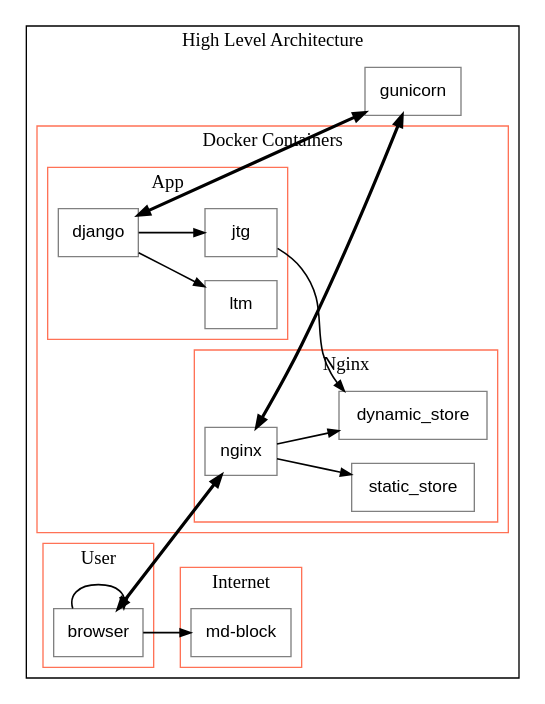
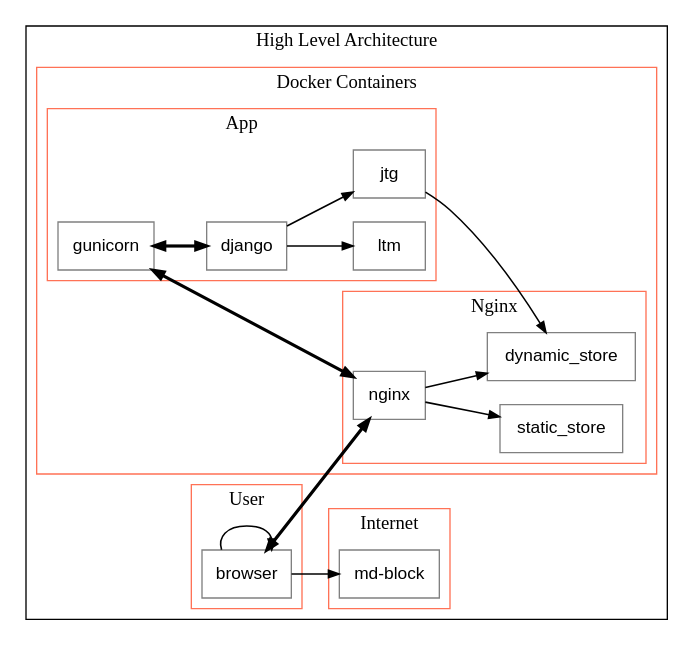
One commit to hyakuhei/TAMMY changed the diagram in design/output/High Level Architecture.dot. Above: the diagram before and after it, drawn with Graphviz. The commit also changed 5 other files, not shown here.

```diff
--- a/design/output/High Level Architecture.dot
+++ b/design/output/High Level Architecture.dot
@@ -1,53 +1,53 @@
 digraph G {
 compound=true;
 rankdir="LR";
     subgraph cluster1 {
     rankdir="TB";
     label="High Level Architecture";
     color="Black";
-        node10 [label="gunicorn" shape="box", margin="0.1", color="Grey", fontsize="13", fontname="Helvetica"];
         subgraph cluster2 {
         rankdir="TB";
         label="Docker Containers";
         color="Coral1";
             subgraph cluster3 {
             rankdir="TB";
             label="Nginx";
             color="Coral1";
                 node4 [label="nginx" shape="box", margin="0.1", color="Grey", fontsize="13", fontname="Helvetica"];
                 node7 [label="static_store" shape="box", margin="0.1", color="Grey", fontsize="13", fontname="Helvetica"];
                 node15 [label="dynamic_store" shape="box", margin="0.1", color="Grey", fontsize="13", fontname="Helvetica"];
             }
-            subgraph cluster11 {
+            subgraph cluster10 {
             rankdir="TB";
             label="App";
             color="Coral1";
+                node11 [label="gunicorn" shape="box", margin="0.1", color="Grey", fontsize="13", fontname="Helvetica"];
                 node12 [label="django" shape="box", margin="0.1", color="Grey", fontsize="13", fontname="Helvetica"];
                 node13 [label="ltm" shape="box", margin="0.1", color="Grey", fontsize="13", fontname="Helvetica"];
                 node14 [label="jtg" shape="box", margin="0.1", color="Grey", fontsize="13", fontname="Helvetica"];
             }
         }
         subgraph cluster5 {
         rankdir="TB";
         label="User";
         color="Coral1";
             node6 [label="browser" shape="box", margin="0.1", color="Grey", fontsize="13", fontname="Helvetica"];
         }
         subgraph cluster8 {
         rankdir="TB";
         label="Internet";
         color="Coral1";
             node9 [label="md-block" shape="box", margin="0.1", color="Grey", fontsize="13", fontname="Helvetica"];
         }
     }
 node6->node4 [label="" dir=both, fontsize="10", penwidth="2.4", arrowsize="0.8"];
 node4->node7 [label="" fontsize="10", penwidth="1.2", arrowsize="0.8"];
 node6->node9 [label="" fontsize="10", penwidth="1.2", arrowsize="0.8"];
-node4->node10 [label="" dir=both, fontsize="10", penwidth="2.4", arrowsize="0.8"];
-node10->node12 [label="" dir=both, fontsize="10", penwidth="2.4", arrowsize="0.8"];
+node4->node11 [label="" dir=both, fontsize="10", penwidth="2.4", arrowsize="0.8"];
+node11->node12 [label="" dir=both, fontsize="10", penwidth="2.4", arrowsize="0.8"];
 node12->node13 [label="" fontsize="10", penwidth="1.2", arrowsize="0.8"];
 node12->node14 [label="" fontsize="10", penwidth="1.2", arrowsize="0.8"];
 node14->node15 [label="" fontsize="10", penwidth="1.2", arrowsize="0.8"];
 node6->node6 [label="" fontsize="10", penwidth="1.2", arrowsize="0.8"];
 node4->node15 [label="" fontsize="10", penwidth="1.2", arrowsize="0.8"];
 }
```
